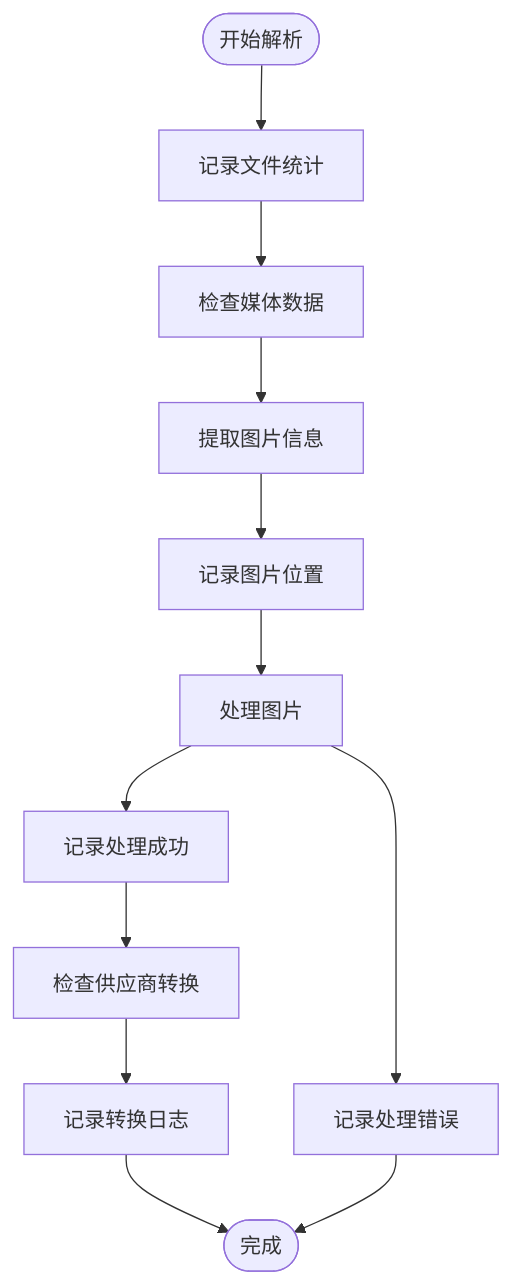
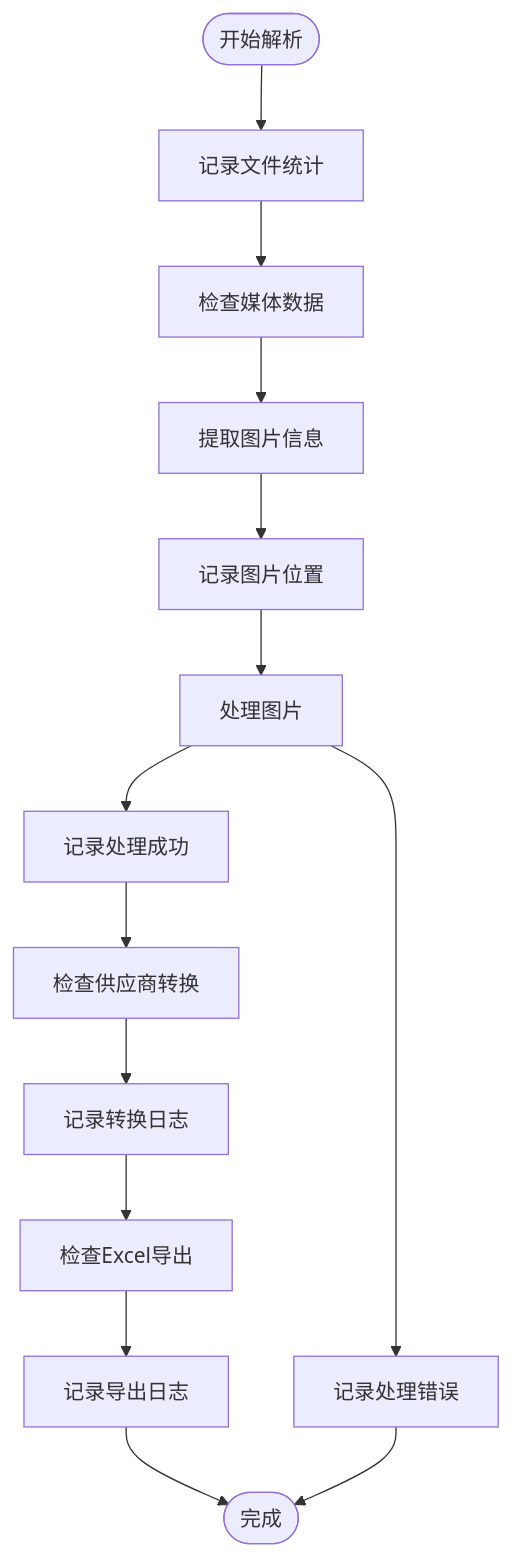
One commit to three3638-arch/celestia_2b changed diagram 11 of 14 in .qoder/repowiki/zh/content/Excel Import System.md. Above: the diagram before and after it, drawn with Mermaid. The commit also changed other lines of this file and 4 other files, not shown here.

````diff
--- a/.qoder/repowiki/zh/content/Excel Import System.md
+++ b/.qoder/repowiki/zh/content/Excel Import System.md
@@ -438,14 +607,16 @@
 ```mermaid
 flowchart TD
 Start([开始解析]) --> FileStats[记录文件统计]
 FileStats --> MediaCheck[检查媒体数据]
 MediaCheck --> ImageExtract[提取图片信息]
 ImageExtract --> PositionLog[记录图片位置]
 PositionLog --> Processing[处理图片]
 Processing --> Success[记录处理成功]
 Processing --> Error[记录处理错误]
 Success --> SupplierCheck[检查供应商转换]
 SupplierCheck --> SupplierLog[记录转换日志]
-SupplierLog --> End([完成])
+SupplierLog --> ExportCheck[检查Excel导出]
+ExportCheck --> ExportLog[记录导出日志]
+ExportLog --> End([完成])
 Error --> End
 ```
````
